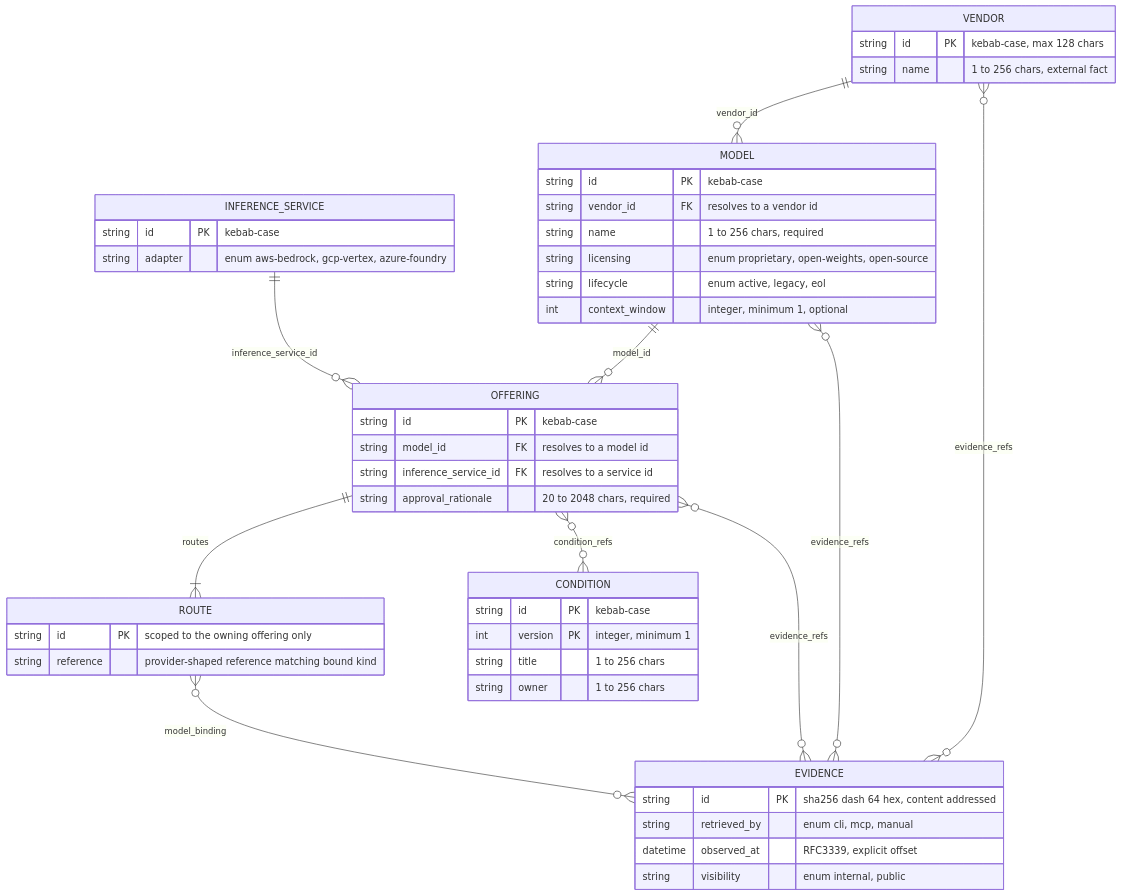
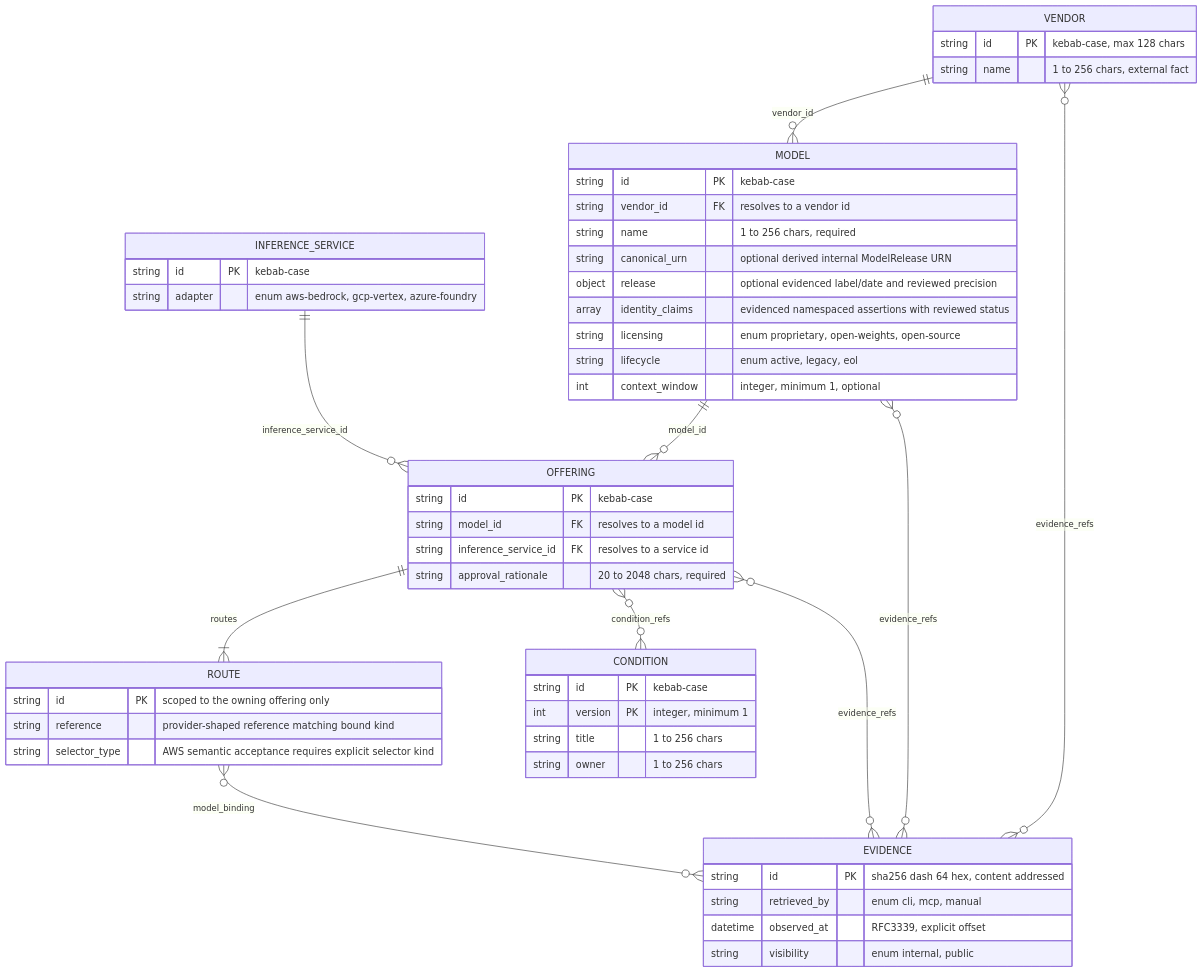
Before and after one commit to j3brns996/Modelo: the diagram in docs/catalogue-schema-ledger.md, drawn with Mermaid. The commit also changed other lines of this file and 41 other files, not shown here.

First line of the commit message:
refactor: clarify model-release identity and add NIST AI RMF inventory profile (#71)

````diff
--- a/docs/catalogue-schema-ledger.md
+++ b/docs/catalogue-schema-ledger.md
@@ -12,51 +12,55 @@
 ```mermaid
 erDiagram
     VENDOR {
         string id PK "kebab-case, max 128 chars"
         string name "1 to 256 chars, external fact"
     }
     MODEL {
         string id PK "kebab-case"
         string vendor_id FK "resolves to a vendor id"
         string name "1 to 256 chars, required"
+        string canonical_urn "optional derived internal ModelRelease URN"
+        object release "optional evidenced label/date and reviewed precision"
+        array identity_claims "evidenced namespaced assertions with reviewed status"
         string licensing "enum proprietary, open-weights, open-source"
         string lifecycle "enum active, legacy, eol"
         int context_window "integer, minimum 1, optional"
     }
     INFERENCE_SERVICE {
         string id PK "kebab-case"
         string adapter "enum aws-bedrock, gcp-vertex, azure-foundry"
     }
     OFFERING {
         string id PK "kebab-case"
         string model_id FK "resolves to a model id"
         string inference_service_id FK "resolves to a service id"
         string approval_rationale "20 to 2048 chars, required"
     }
     ROUTE {
         string id PK "scoped to the owning offering only"
         string reference "provider-shaped reference matching bound kind"
+        string selector_type "AWS semantic acceptance requires explicit selector kind"
     }
     CONDITION {
         string id PK "kebab-case"
         int version PK "integer, minimum 1"
         string title "1 to 256 chars"
         string owner "1 to 256 chars"
     }
     EVIDENCE {
         string id PK "sha256 dash 64 hex, content addressed"
         string retrieved_by "enum cli, mcp, manual"
         datetime observed_at "RFC3339, explicit offset"
         string visibility "enum internal, public"
     }
 
     VENDOR ||--o{ MODEL : vendor_id
     MODEL ||--o{ OFFERING : model_id
     INFERENCE_SERVICE ||--o{ OFFERING : inference_service_id
     OFFERING ||--|{ ROUTE : routes
     OFFERING }o--o{ CONDITION : condition_refs
     VENDOR }o--o{ EVIDENCE : evidence_refs
     MODEL }o--o{ EVIDENCE : evidence_refs
     OFFERING }o--o{ EVIDENCE : evidence_refs
     ROUTE }o--o{ EVIDENCE : model_binding
 ```
````
